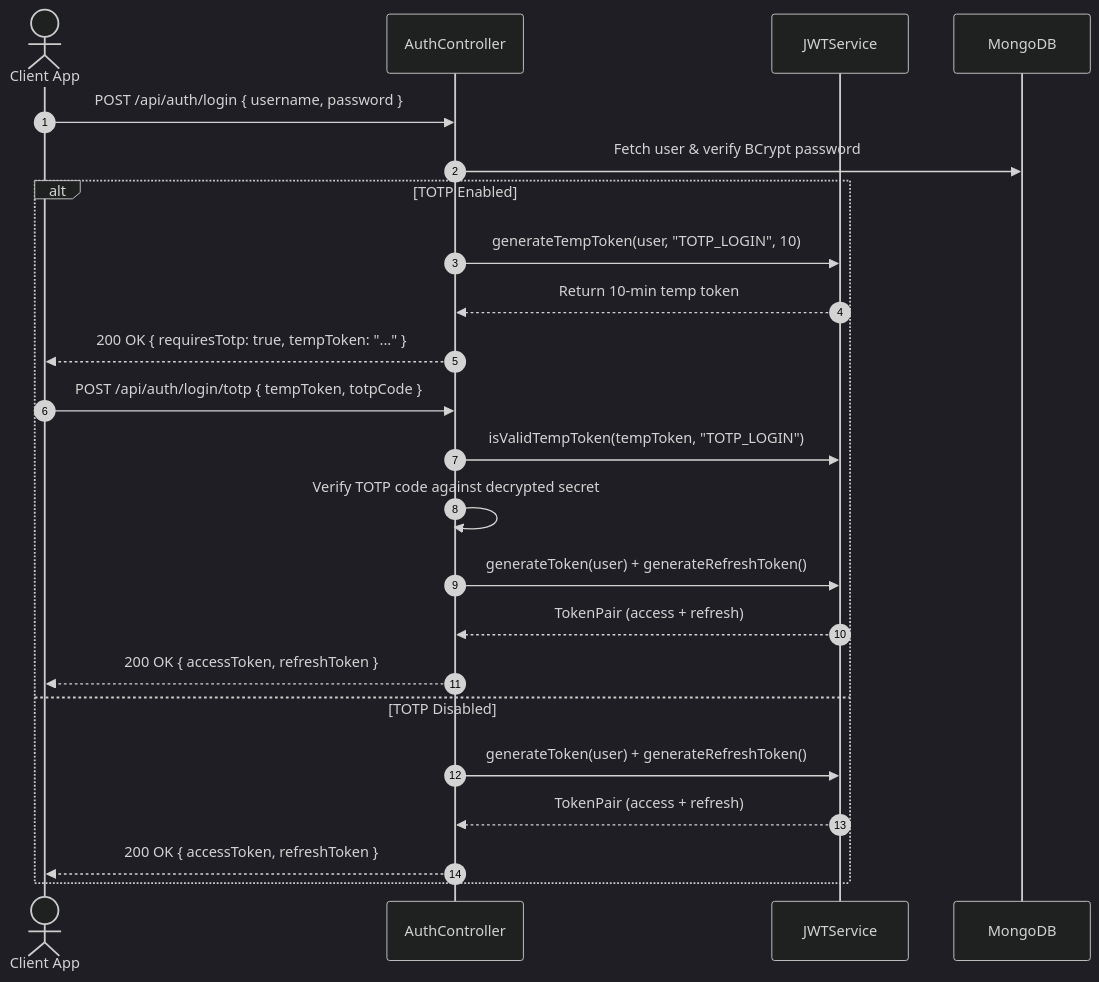
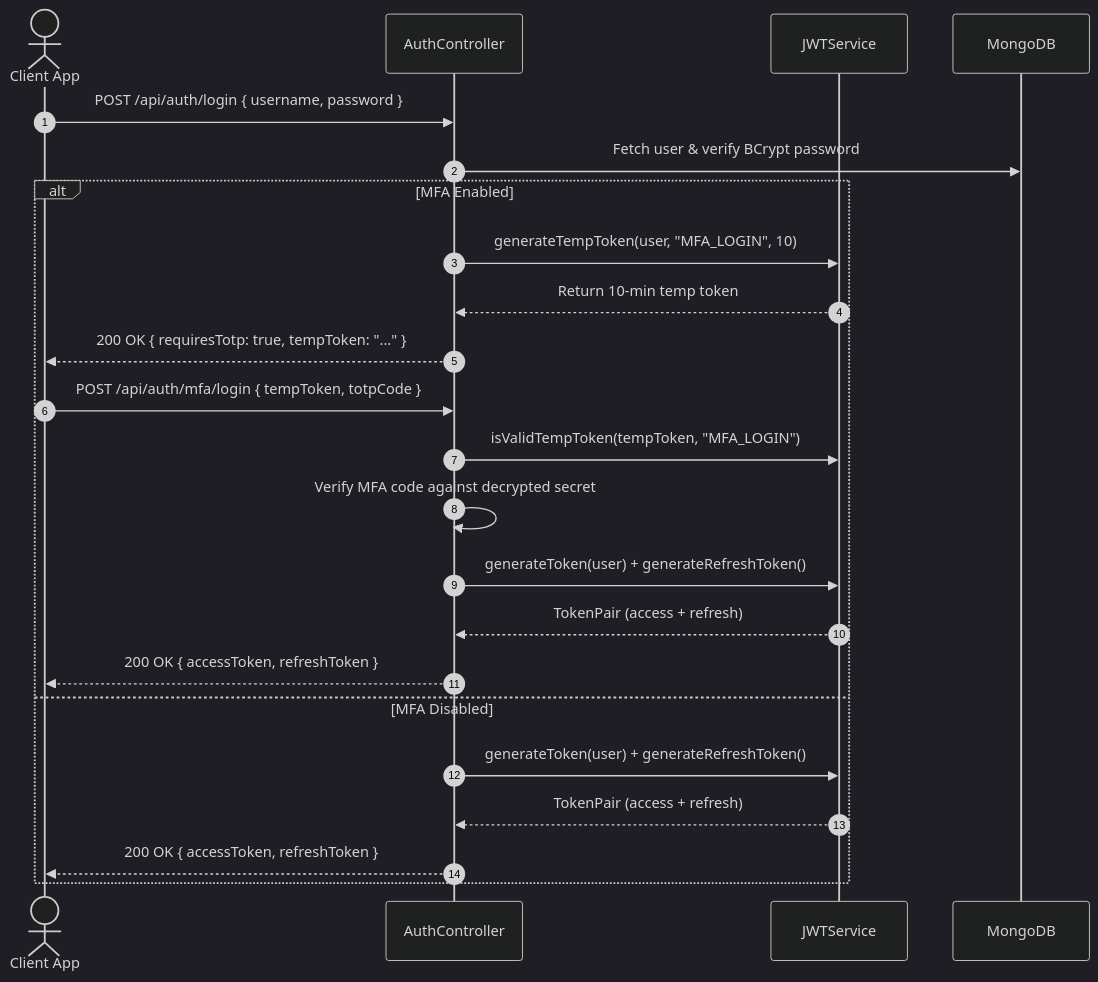
One commit to urvagandhi/coinTrack changed the fourth of 5 diagrams in backend/src/main/java/com/urva/myfinance/coinTrack/security/README.md. Above: the diagram before and after it, drawn with Mermaid (dark theme). The commit also changed other lines of this file and 76 other files, not shown here.

````diff
--- a/backend/src/main/java/com/urva/myfinance/coinTrack/security/README.md
+++ b/backend/src/main/java/com/urva/myfinance/coinTrack/security/README.md
@@ -436,26 +436,26 @@
 ```mermaid
 sequenceDiagram
     autonumber
     actor Client as Client App
     participant Auth as AuthController
     participant JWT as JWTService
     participant DB as MongoDB
 
     Client->>Auth: POST /api/auth/login { username, password }
     Auth->>DB: Fetch user & verify BCrypt password
-    alt TOTP Enabled
-        Auth->>JWT: generateTempToken(user, "TOTP_LOGIN", 10)
+    alt MFA Enabled
+        Auth->>JWT: generateTempToken(user, "MFA_LOGIN", 10)
         JWT-->>Auth: Return 10-min temp token
         Auth-->>Client: 200 OK { requiresTotp: true, tempToken: "..." }
-        Client->>Auth: POST /api/auth/login/totp { tempToken, totpCode }
-        Auth->>JWT: isValidTempToken(tempToken, "TOTP_LOGIN")
-        Auth->>Auth: Verify TOTP code against decrypted secret
+        Client->>Auth: POST /api/auth/mfa/login { tempToken, totpCode }
+        Auth->>JWT: isValidTempToken(tempToken, "MFA_LOGIN")
+        Auth->>Auth: Verify MFA code against decrypted secret
         Auth->>JWT: generateToken(user) + generateRefreshToken()
         JWT-->>Auth: TokenPair (access + refresh)
         Auth-->>Client: 200 OK { accessToken, refreshToken }
-    else TOTP Disabled
+    else MFA Disabled
         Auth->>JWT: generateToken(user) + generateRefreshToken()
         JWT-->>Auth: TokenPair (access + refresh)
         Auth-->>Client: 200 OK { accessToken, refreshToken }
     end
 ```
````
